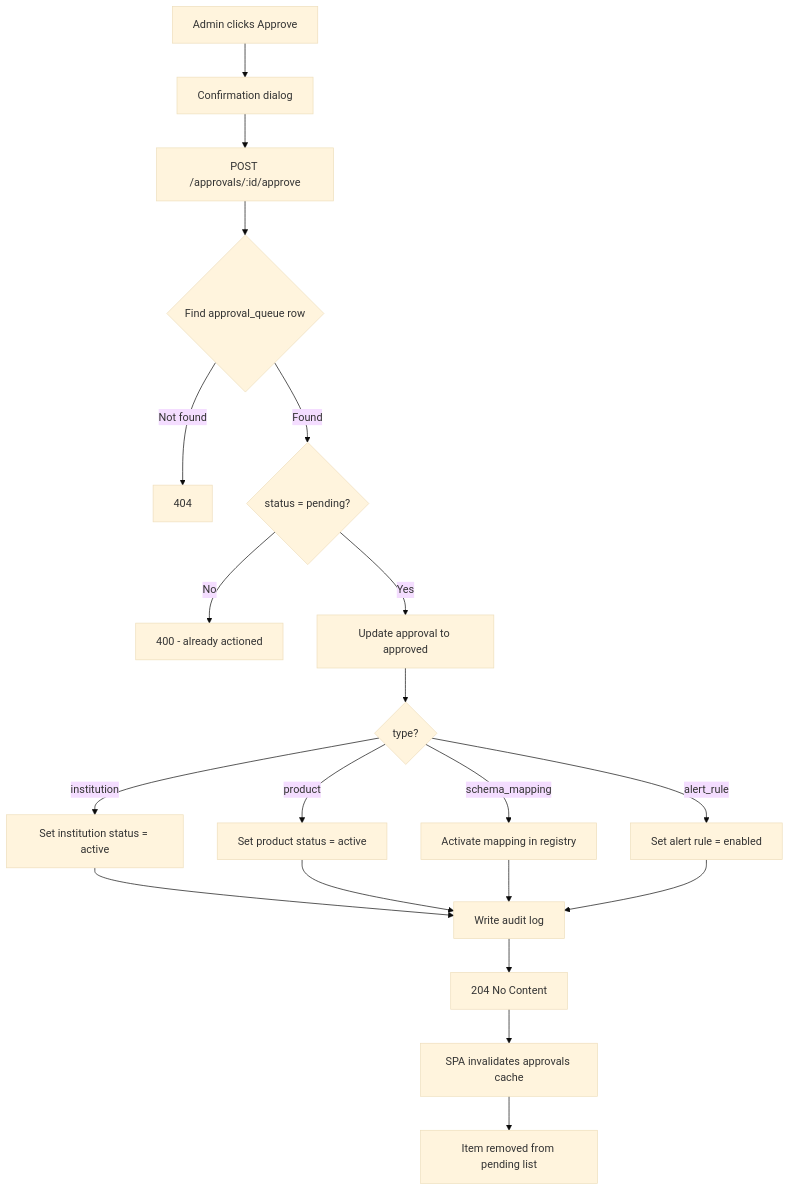
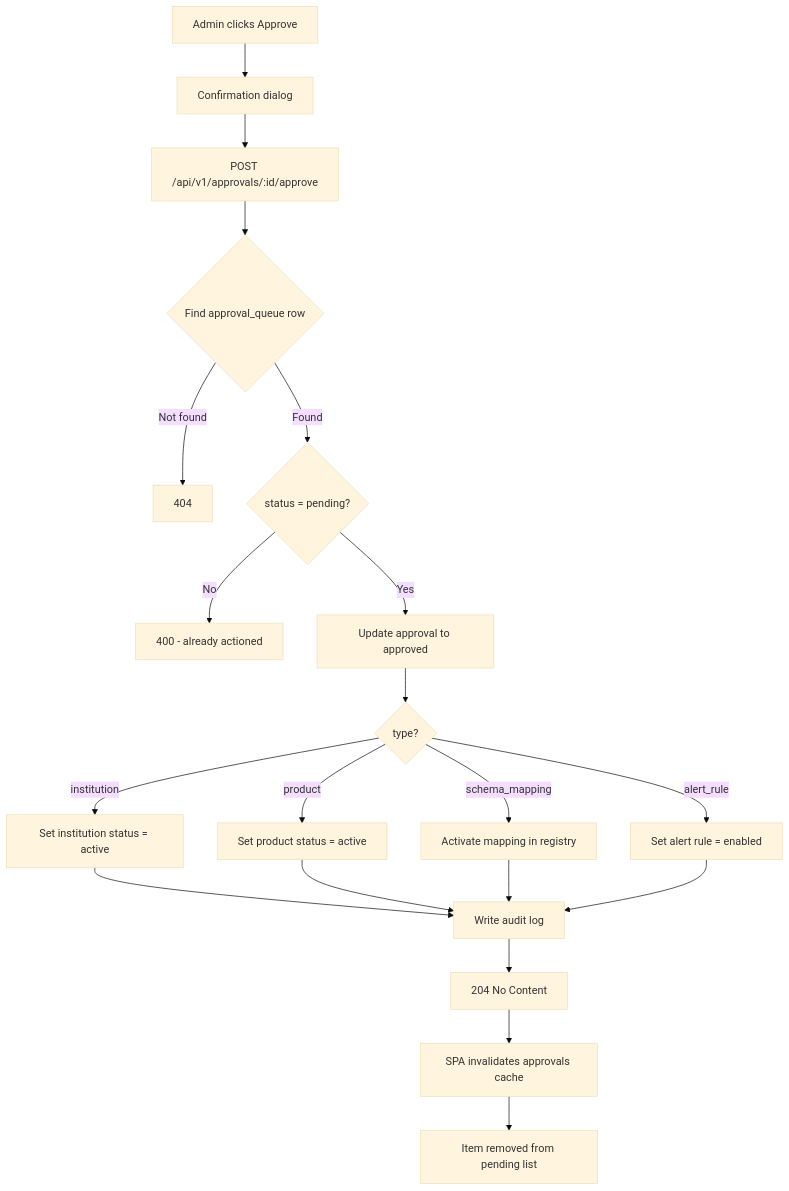
The first of 2 diagrams in docs/User stories/EPIC-08-Approval-Queue-Workflow.md (ashutoshbelulkar-coder/credit-harmony), drawn with Mermaid (base theme) before and after one commit. The commit also changed other lines of this file and 30 other files, not shown here.

````diff
--- a/docs/User stories/EPIC-08-Approval-Queue-Workflow.md
+++ b/docs/User stories/EPIC-08-Approval-Queue-Workflow.md
@@ -231,22 +231,22 @@
 ```mermaid
 flowchart TD
     A[Admin clicks Approve] --> B[Confirmation dialog]
-    B --> C[POST /approvals/:id/approve]
+    B --> C[POST /api/v1/approvals/:id/approve]
     C --> D{Find approval_queue row}
     D -->|Not found| E[404]
     D -->|Found| F{status = pending?}
     F -->|No| G[400 - already actioned]
     F -->|Yes| H[Update approval to approved]
     H --> I{type?}
     I -->|institution| J[Set institution status = active]
     I -->|product| K[Set product status = active]
     I -->|schema_mapping| L[Activate mapping in registry]
     I -->|alert_rule| M[Set alert rule = enabled]
     J --> N[Write audit log]
     K --> N
     L --> N
     M --> N
     N --> O[204 No Content]
     O --> P[SPA invalidates approvals cache]
     P --> Q[Item removed from pending list]
 ```
````
